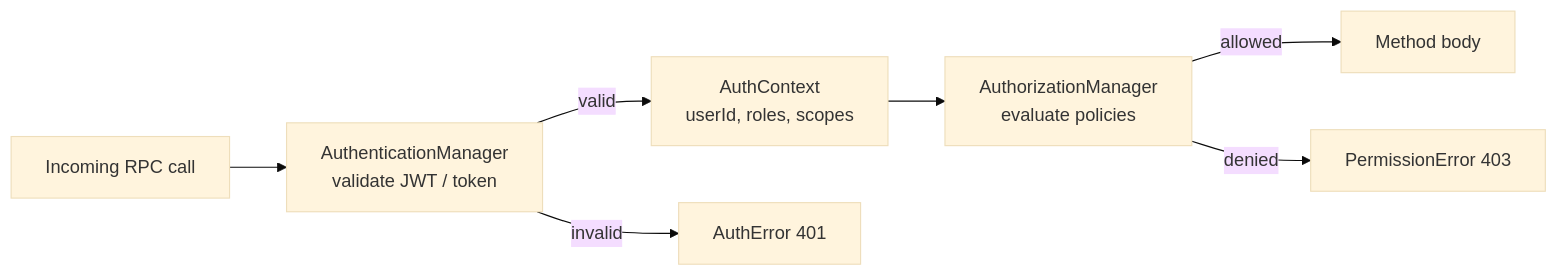
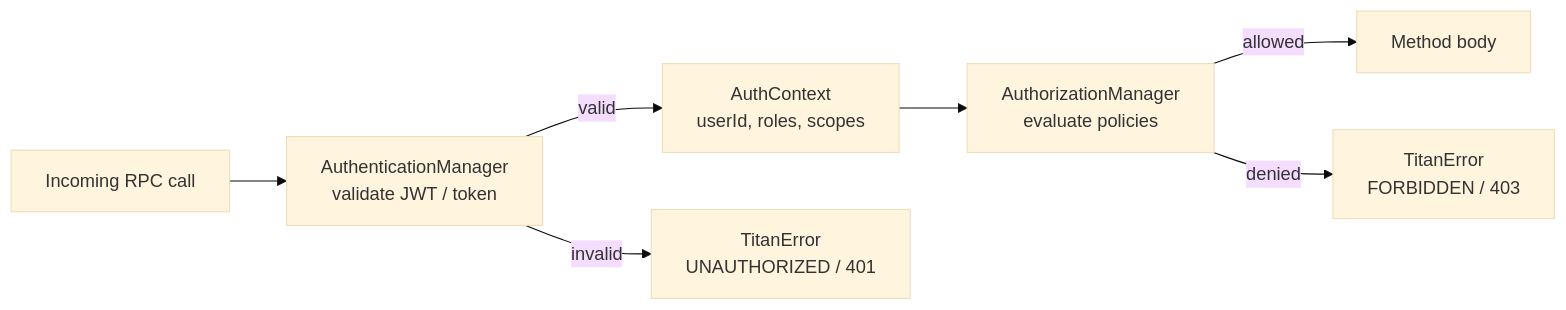
One commit to omnitron-dev/website changed the diagram in docs/titan/netron/authentication.md. Above: the diagram before and after it, drawn with Mermaid (base theme). The commit also changed other lines of this file and 61 other files, not shown here.

````diff
--- a/docs/titan/netron/authentication.md
+++ b/docs/titan/netron/authentication.md
@@ -42,10 +42,10 @@
 ```mermaid
 flowchart LR
   Req[Incoming RPC call]
   Req --> Authn[AuthenticationManager<br/>validate JWT / token]
   Authn -->|valid| Ctx[AuthContext<br/>userId, roles, scopes]
-  Authn -->|invalid| F1[AuthError 401]
+  Authn -->|invalid| F1[TitanError<br/>UNAUTHORIZED / 401]
   Ctx --> Authz[AuthorizationManager<br/>evaluate policies]
   Authz -->|allowed| Method[Method body]
-  Authz -->|denied| F2[PermissionError 403]
+  Authz -->|denied| F2[TitanError<br/>FORBIDDEN / 403]
 ```
````
